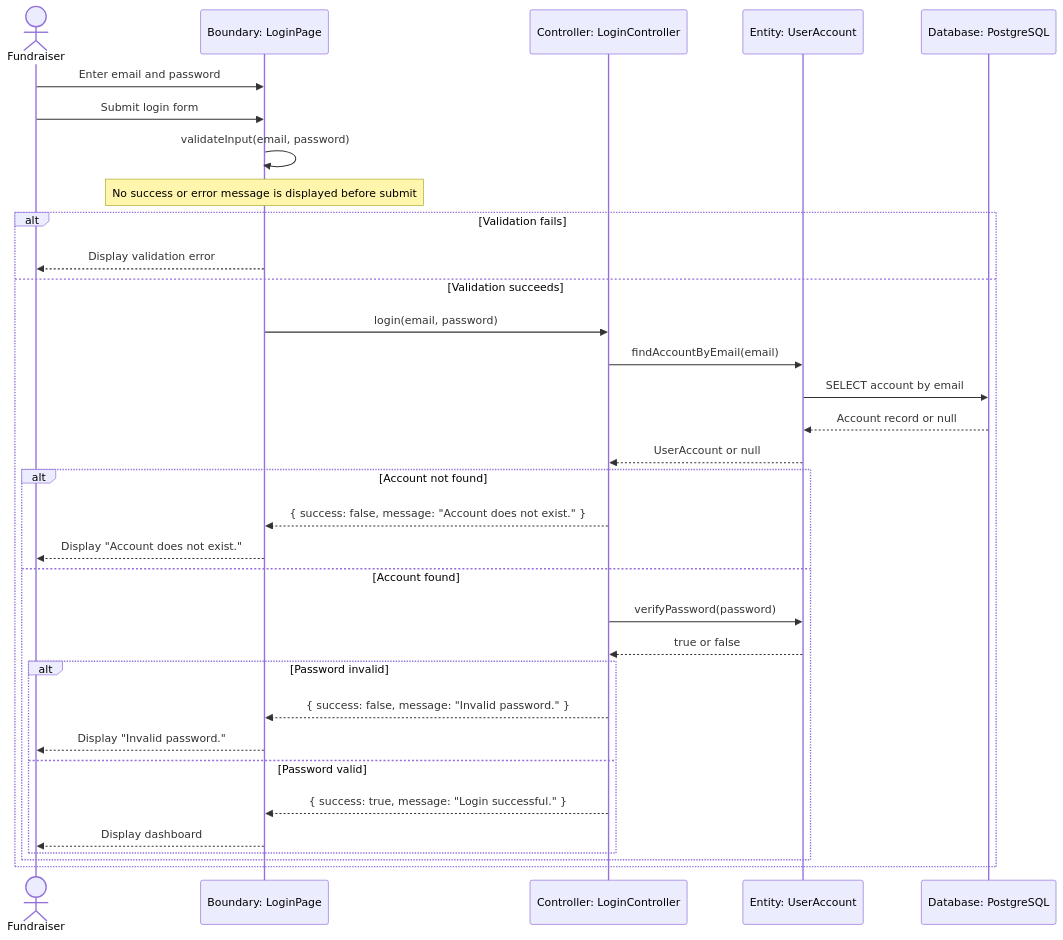
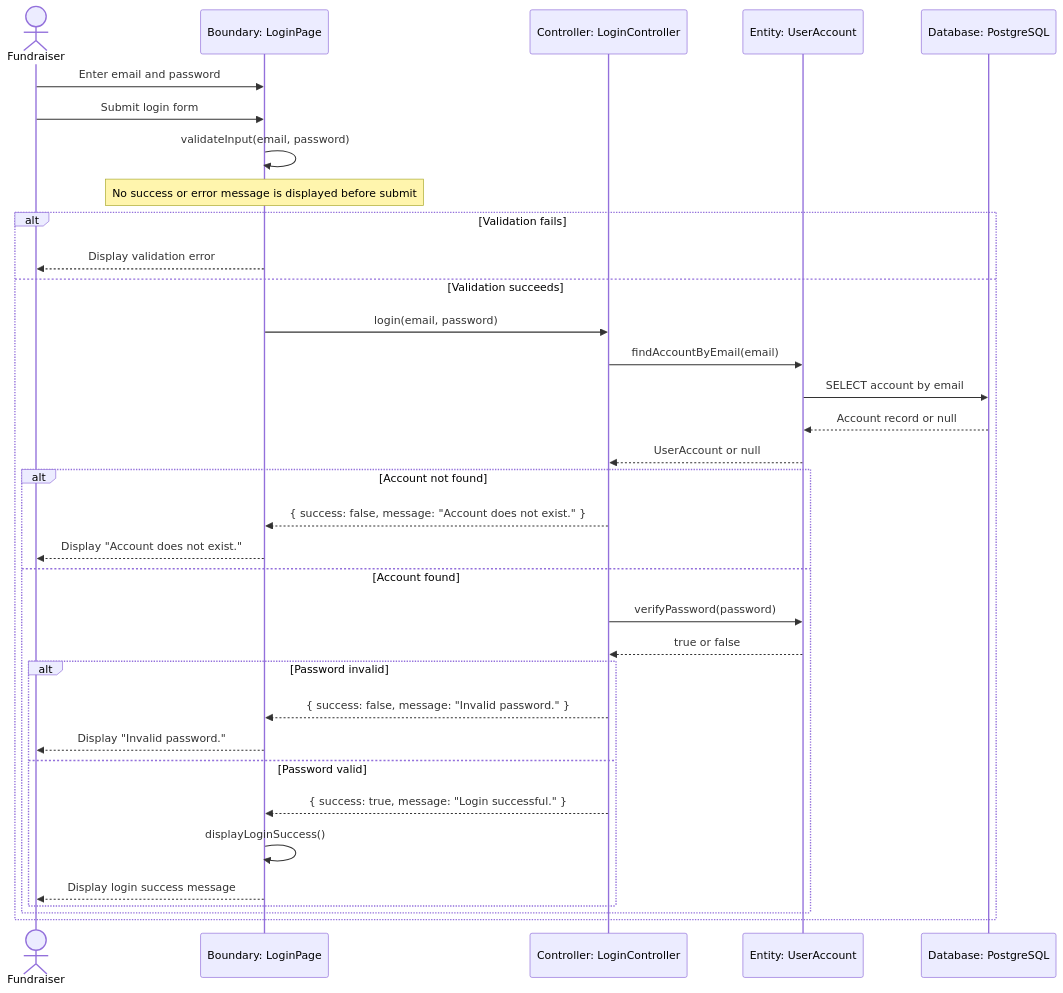
One commit to JSL124/SDM-project changed the diagram in docs/login/sequence-diagram.md. Above: the diagram before and after it, drawn with Mermaid. The commit also changed 14 other files, not shown here.

````diff
--- a/docs/login/sequence-diagram.md
+++ b/docs/login/sequence-diagram.md
@@ -3,39 +3,40 @@
 ```mermaid
 sequenceDiagram
     actor Fundraiser
     participant LoginPage as Boundary: LoginPage
     participant LoginController as Controller: LoginController
     participant UserAccount as Entity: UserAccount
     participant PostgreSQL as Database: PostgreSQL
 
     Fundraiser->>LoginPage: Enter email and password
     Fundraiser->>LoginPage: Submit login form
     LoginPage->>LoginPage: validateInput(email, password)
     Note over LoginPage: No success or error message is displayed before submit
 
     alt Validation fails
         LoginPage-->>Fundraiser: Display validation error
     else Validation succeeds
         LoginPage->>LoginController: login(email, password)
         LoginController->>UserAccount: findAccountByEmail(email)
         UserAccount->>PostgreSQL: SELECT account by email
         PostgreSQL-->>UserAccount: Account record or null
         UserAccount-->>LoginController: UserAccount or null
 
         alt Account not found
             LoginController-->>LoginPage: { success: false, message: "Account does not exist." }
             LoginPage-->>Fundraiser: Display "Account does not exist."
         else Account found
             LoginController->>UserAccount: verifyPassword(password)
             UserAccount-->>LoginController: true or false
 
             alt Password invalid
                 LoginController-->>LoginPage: { success: false, message: "Invalid password." }
                 LoginPage-->>Fundraiser: Display "Invalid password."
             else Password valid
                 LoginController-->>LoginPage: { success: true, message: "Login successful." }
-                LoginPage-->>Fundraiser: Display dashboard
+                LoginPage->>LoginPage: displayLoginSuccess()
+                LoginPage-->>Fundraiser: Display login success message
             end
         end
     end
 ```
````
